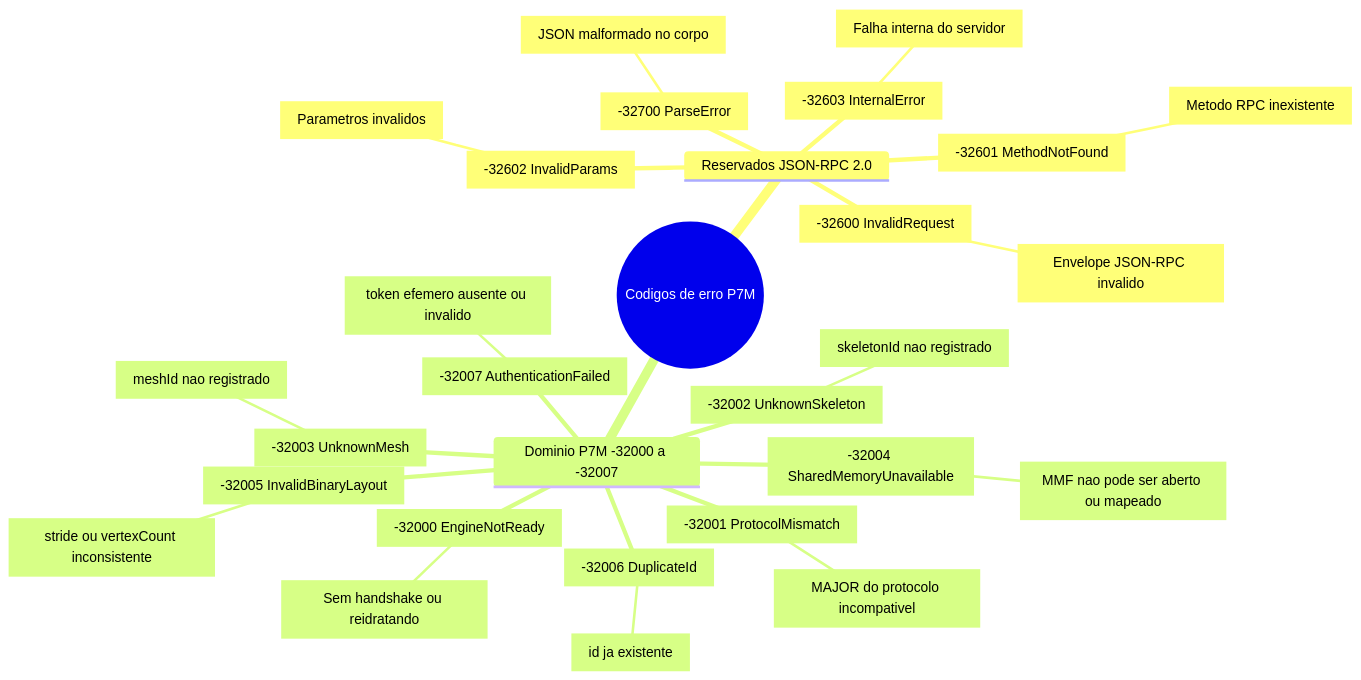
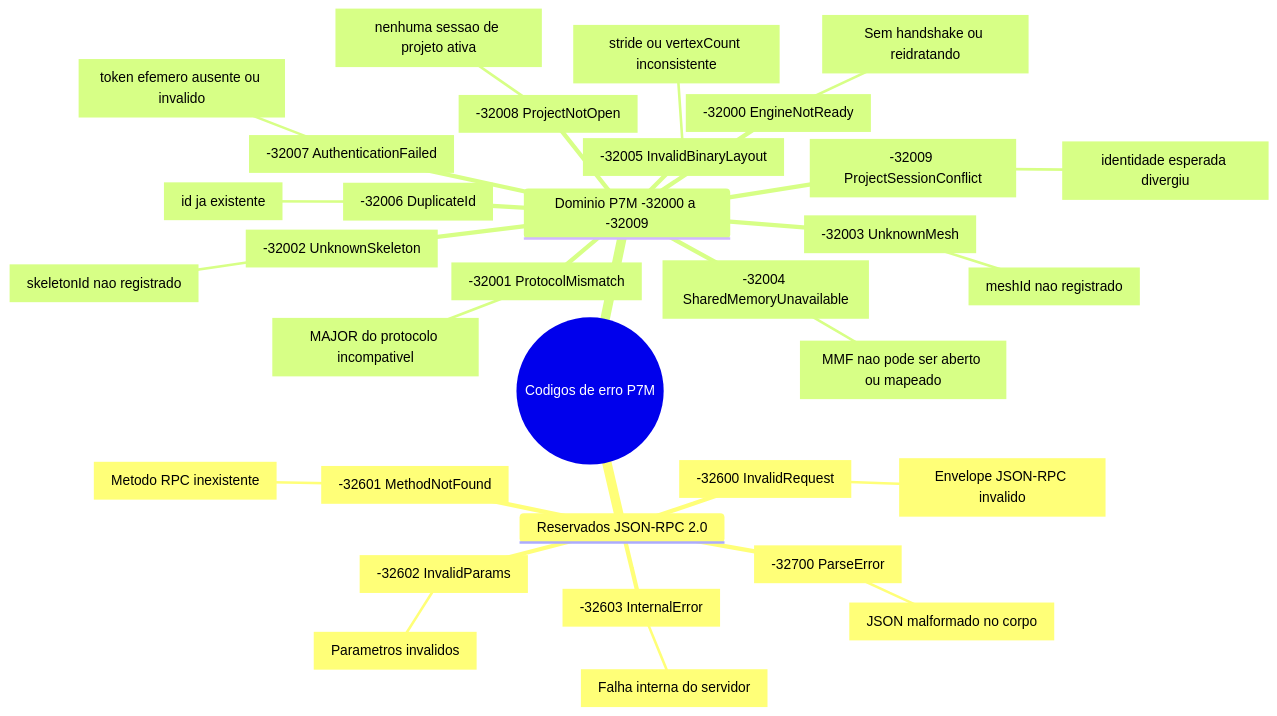
Before and after one commit to flaviotinococoutinho/Gridsmith: the first of 2 diagrams in contracts/schemas/error-codes.md, drawn with Mermaid. The commit also changed other lines of this file and 68 other files, not shown here.

````diff
--- a/contracts/schemas/error-codes.md
+++ b/contracts/schemas/error-codes.md
@@ -19,32 +25,36 @@
 ```mermaid
 mindmap
   root(("Codigos de erro P7M"))
     Reservados JSON-RPC 2.0
       c700["-32700 ParseError"]
         p700["JSON malformado no corpo"]
       c600["-32600 InvalidRequest"]
         p600["Envelope JSON-RPC invalido"]
       c601["-32601 MethodNotFound"]
         p601["Metodo RPC inexistente"]
       c602["-32602 InvalidParams"]
         p602["Parametros invalidos"]
       c603["-32603 InternalError"]
         p603["Falha interna do servidor"]
-    Dominio P7M -32000 a -32007
+    Dominio P7M -32000 a -32009
       d000["-32000 EngineNotReady"]
         q000["Sem handshake ou reidratando"]
       d001["-32001 ProtocolMismatch"]
         q001["MAJOR do protocolo incompativel"]
       d002["-32002 UnknownSkeleton"]
         q002["skeletonId nao registrado"]
       d003["-32003 UnknownMesh"]
         q003["meshId nao registrado"]
       d004["-32004 SharedMemoryUnavailable"]
         q004["MMF nao pode ser aberto ou mapeado"]
       d005["-32005 InvalidBinaryLayout"]
         q005["stride ou vertexCount inconsistente"]
       d006["-32006 DuplicateId"]
         q006["id ja existente"]
       d007["-32007 AuthenticationFailed"]
         q007["token efemero ausente ou invalido"]
+      d008["-32008 ProjectNotOpen"]
+        q008["nenhuma sessao de projeto ativa"]
+      d009["-32009 ProjectSessionConflict"]
+        q009["identidade esperada divergiu"]
 ```
````
